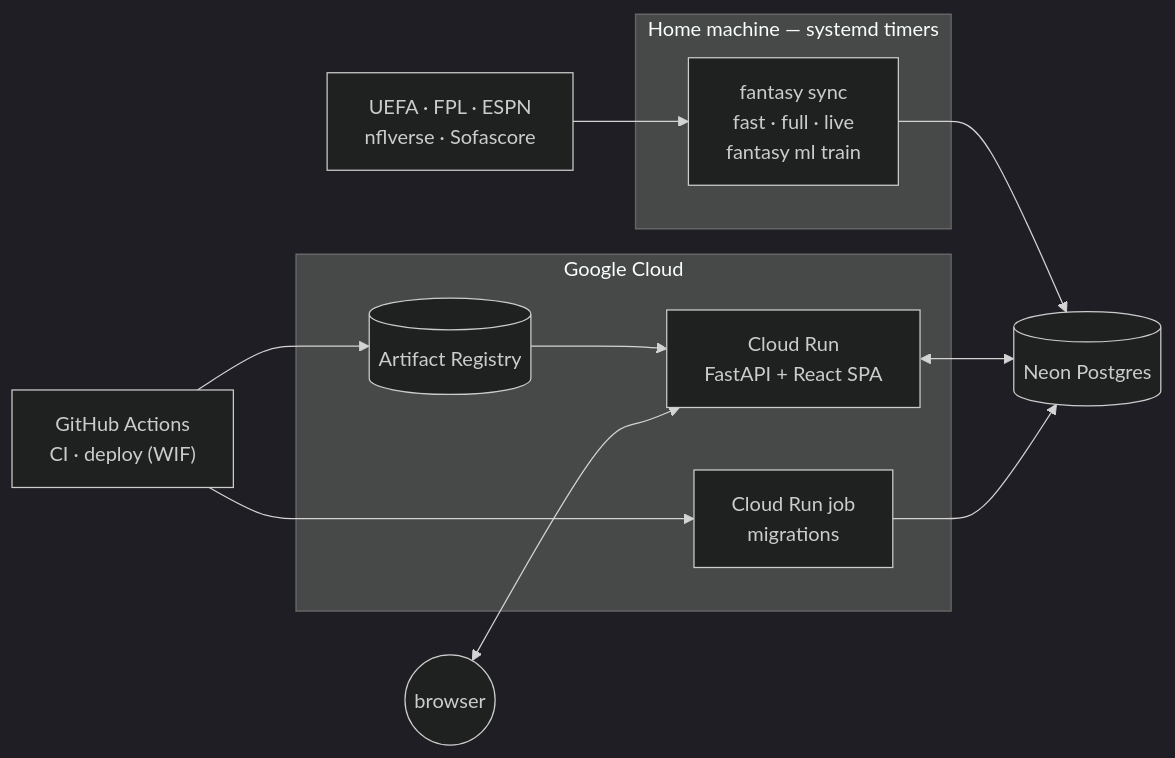
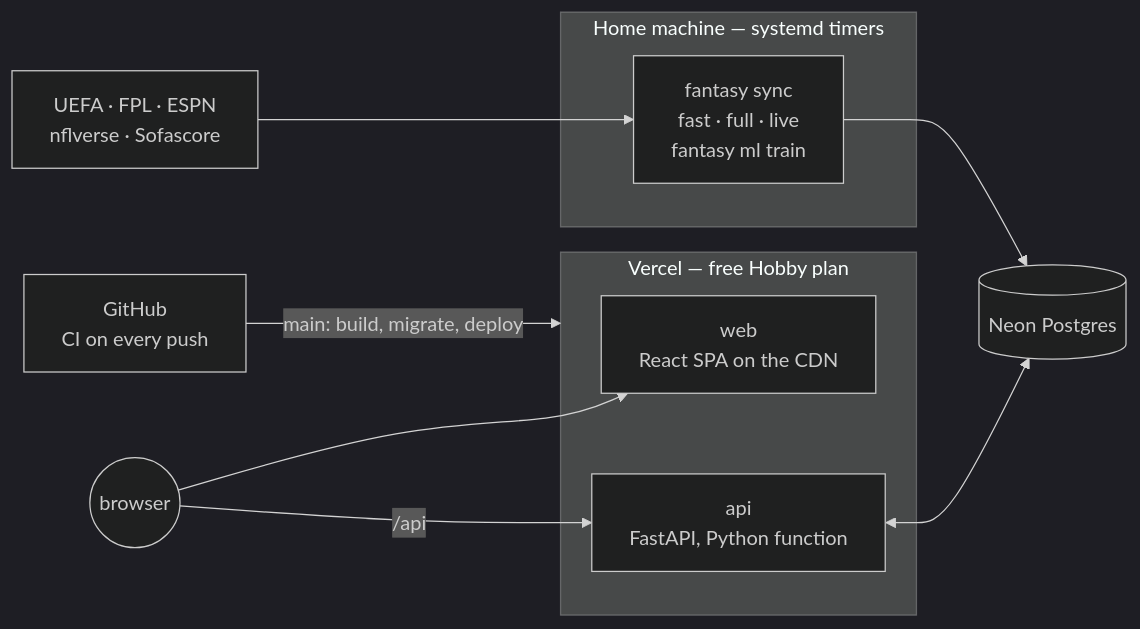
One commit to lfrocharod/fantasy-dashboard changed the diagram in README.md. Above: the diagram before and after it, drawn with Mermaid (dark theme). The commit also changed other lines of this file and 13 other files, not shown here.

````diff
--- a/README.md
+++ b/README.md
@@ -42,21 +42,19 @@
 ```mermaid
 flowchart LR
   subgraph home["Home machine — systemd timers"]
     R["fantasy sync<br/>fast · full · live<br/>fantasy ml train"]
   end
-  subgraph gcp["Google Cloud"]
-    CR["Cloud Run<br/>FastAPI + React SPA"]
-    J["Cloud Run job<br/>migrations"]
-    AR[("Artifact Registry")]
+  subgraph vercel["Vercel — free Hobby plan"]
+    W["web<br/>React SPA on the CDN"]
+    A["api<br/>FastAPI, Python function"]
   end
   DB[("Neon Postgres")]
-  GH["GitHub Actions<br/>CI · deploy (WIF)"]
+  GH["GitHub<br/>CI on every push"]
   SRC["UEFA · FPL · ESPN<br/>nflverse · Sofascore"]
 
   SRC --> R --> DB
-  CR <--> DB
-  J --> DB
-  GH --> AR --> CR
-  GH --> J
-  B(("browser")) <--> CR
+  A <--> DB
+  GH -- "main: build, migrate, deploy" --> vercel
+  B(("browser")) --> W
+  B -- "/api" --> A
 ```
````
